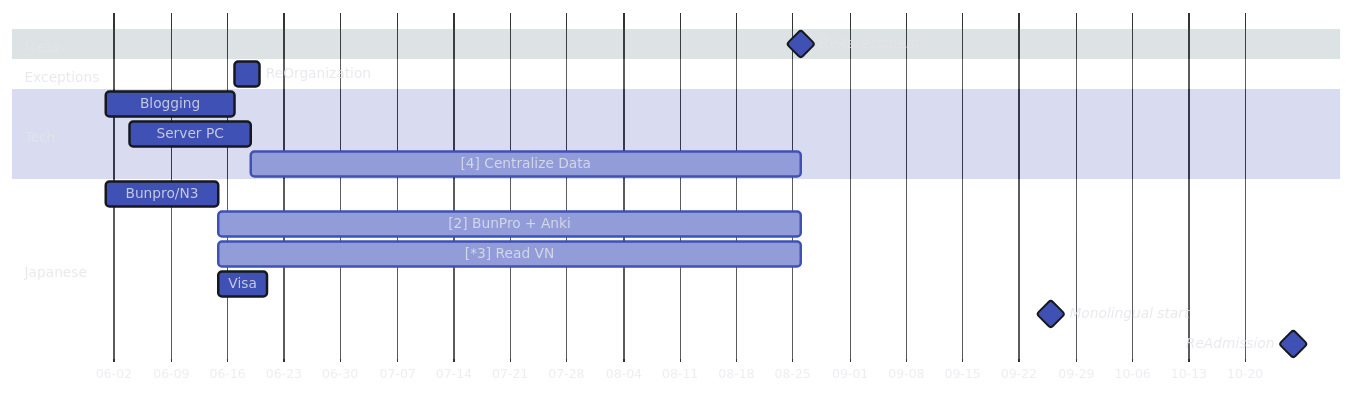
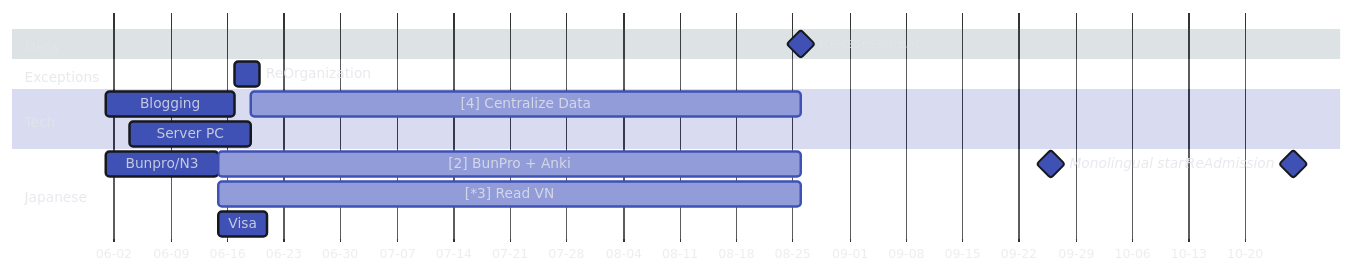
One commit to Serralq/Project-Norn changed the first of 2 diagrams in docs/index.md. Above: the diagram before and after it, drawn with Mermaid.

Commit message:
Add compact mode

````diff
--- a/docs/index.md
+++ b/docs/index.md
@@ -34,39 +34,42 @@
     ``` mermaid
+    ---
+    displayMode: compact
+    ---
     %%{
       init: {
         'theme': 'base',
         'themeVariables': {
           'darkMode': 'true',
           'fontFamily': 'hermit',
           'primaryColor': '#4051b5',
           'primaryBorderColor': '#16181D',
           'tertiaryColor': '#546d78',
           'tertiaryTextColor': '#E2E4E9D1',
           'textColor': '#E2E4E9D1',
           'noteTextColor': '#E2E4E9D1'
         }
       }
     }%%
     gantt
       dateFormat YY-MM-DD
       axisFormat %m-%d
       tickInterval 1week
       todayMarker stroke-width:3px,stroke:#E2E4E9,opacity:0.5
       section Meta
         ReAssessment              :milestone,  m1, 24-08-26, 0d
       section Exceptions
         ReOrganization            :            m3 , 24-06-17, 24-06-20
       section Tech
         Blogging                  :            t1 , 24-06-01, 24-06-17
         Server PC                 :            t2 , 24-06-04, 24-06-19
         [4] Centralize Data           :active,     t3 , 24-06-19, until m1
       section Japanese
         Bunpro/N3                 :            j1 , 24-06-01, 24-06-15
         [2] BunPro + Anki             :active,     j2 , after j1, until m1
         [*3] Read VN                  :active,     j3 , after j1, until m1
         Visa                      :            j4 , 24-06-15, 24-06-21
         %% Futures
         Monolingual start         :milestone,  j11, 24-09-26, 0d
         ReAdmission               :milestone,  j10, 24-10-26, 0d
       section Stationaries
     ```
````
